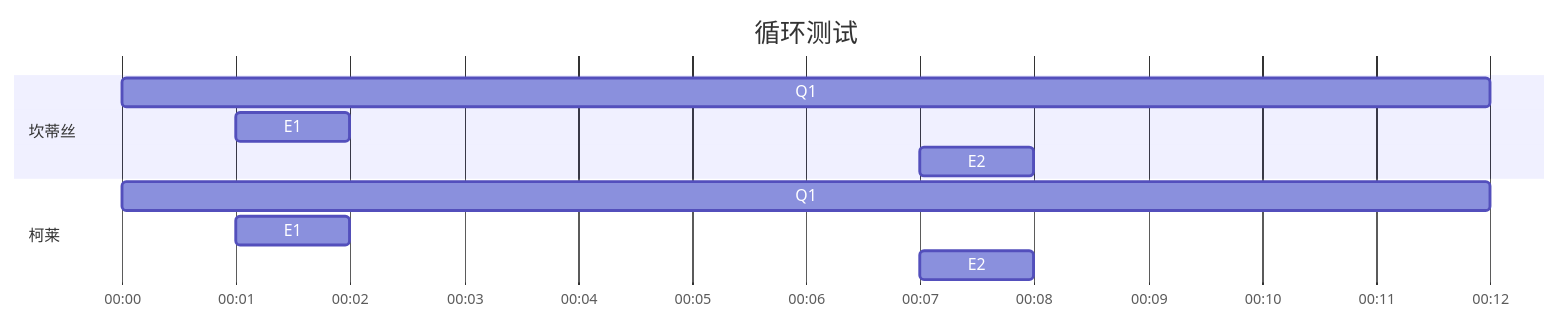
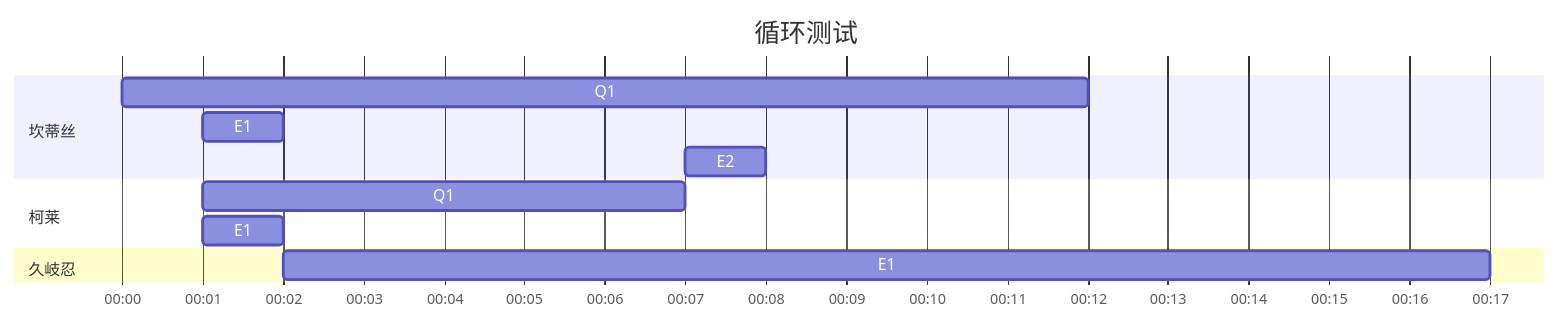
One commit to JiYouMCC/JiYouMCC.github.io changed the second of 2 diagrams in _drafts/2022-1.md. Above: the diagram before and after it, drawn with Mermaid.

````diff
--- a/_drafts/2022-1.md
+++ b/_drafts/2022-1.md
@@ -21,16 +21,18 @@
 ```mermaid
 gantt
     title 循环测试
     axisFormat %M:%S
     todayMarker off
     
     section 坎蒂丝
     Q1   :    2023-01-29 12:00:00, 12s
     E1   :    2023-01-29 12:00:01, 1s
     E2   :    2023-01-29 12:00:07, 1s
     
     section 柯莱
-    Q1   :    2023-01-29 12:00:00, 12s
+    Q1   :    2023-01-29 12:00:01, 6s
     E1   :    2023-01-29 12:00:01, 1s
-    E2   :    2023-01-29 12:00:07, 1s
+    
+    section 久岐忍
+    E1   :    2023-01-29 12:00:02, 15s
 ```
````
